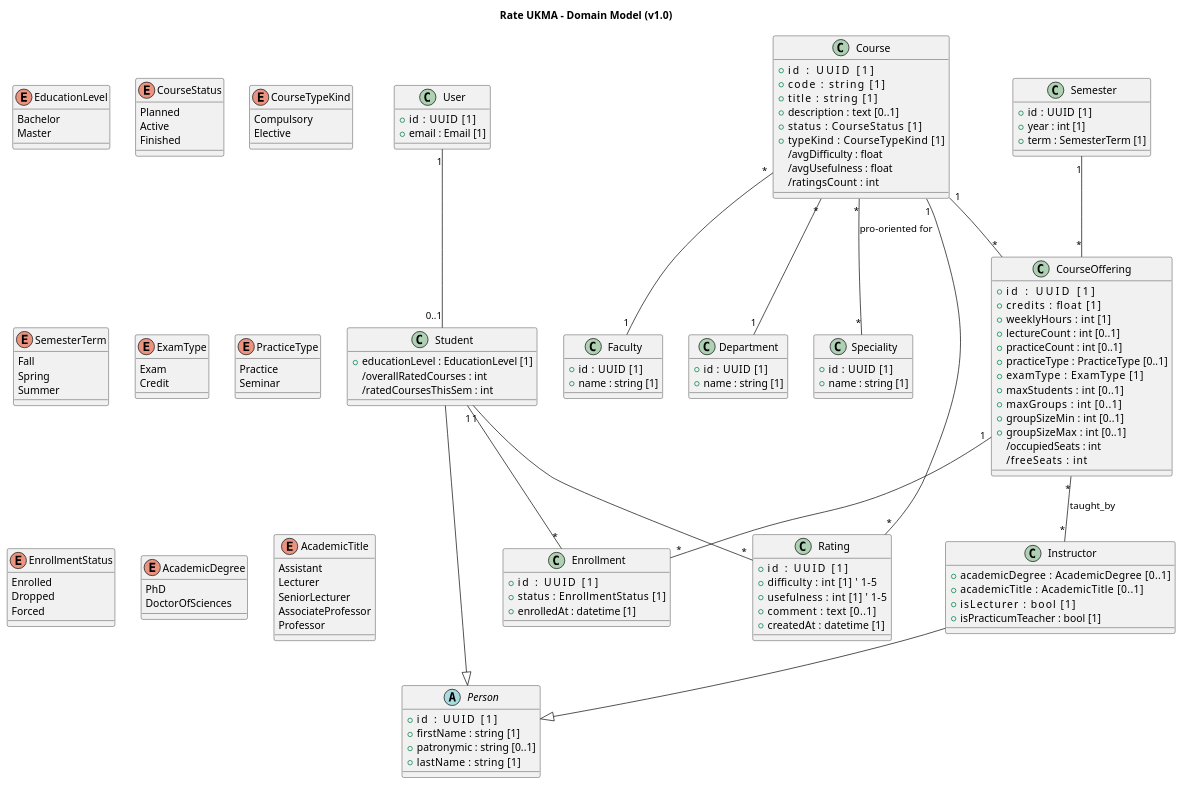
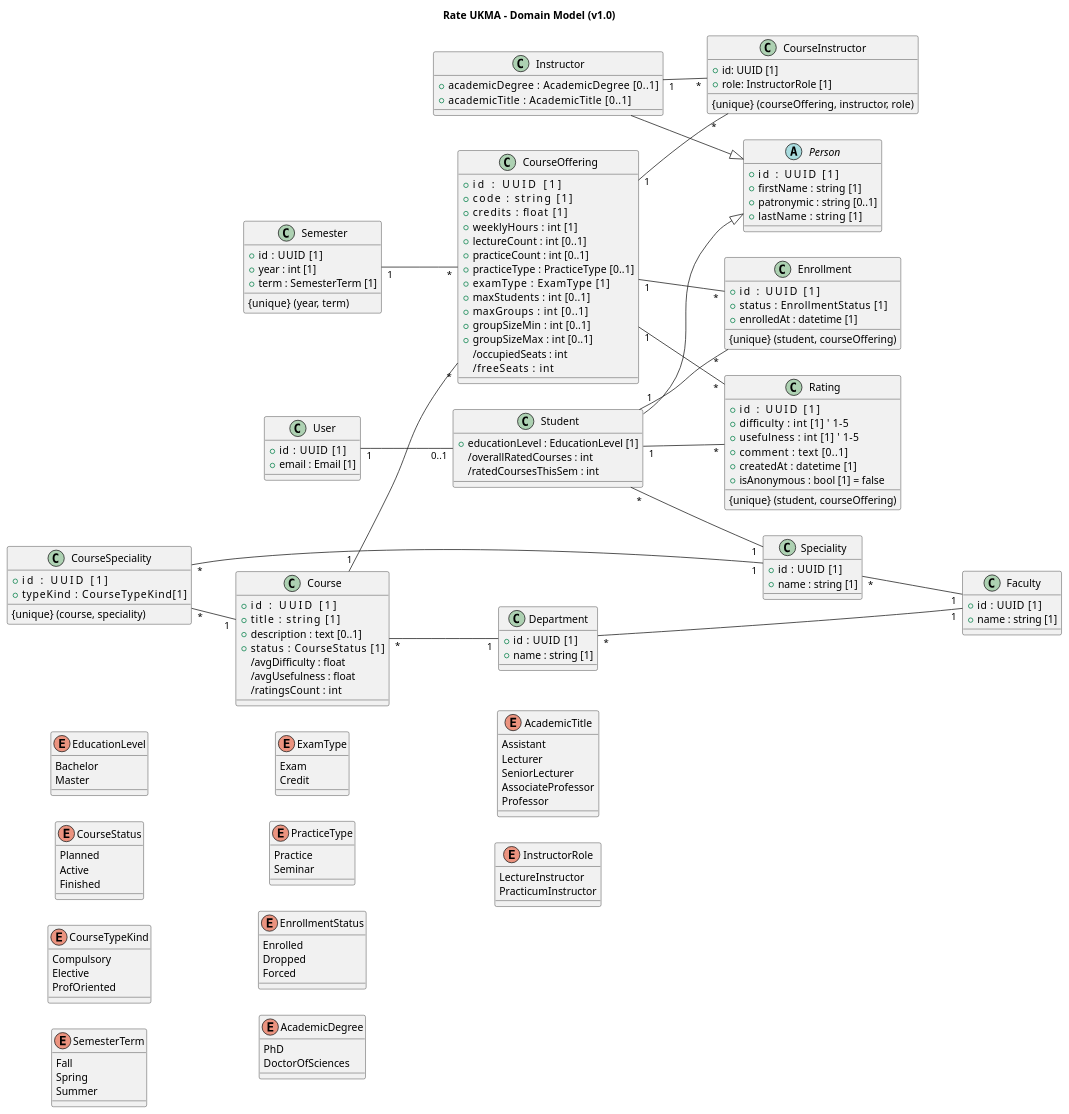
One commit to ukma-cs-ssdm-2025/rate-ukma changed the diagram in docs/architecture/uml/domain-model.puml. Above: the diagram before and after it, drawn with PlantUML. The commit also changed 1 other file, not shown here.

```diff
--- a/docs/architecture/uml/domain-model.puml
+++ b/docs/architecture/uml/domain-model.puml
@@ -1,156 +1,180 @@
 @startuml core-domain-model
 title Rate UKMA – Domain Model (v1.0)
+left to right direction
 
 class User {
   +id    : UUID [1]
   +email : Email [1]
 }
 
 abstract class Person {
   +id         : UUID [1]
   +firstName  : string [1]
   +patronymic : string [0..1]
   +lastName   : string [1]
 }
 
 class Student {
   +educationLevel : EducationLevel [1]
   /overallRatedCourses : int
   /ratedCoursesThisSem : int
 }
 User "1" -- "0..1" Student
+Student "*" -- "1" Speciality
 Student --|> Person
 
 class Instructor {
   +academicDegree     : AcademicDegree [0..1]
   +academicTitle      : AcademicTitle [0..1]
-  +isLecturer         : bool [1]
-  +isPracticumTeacher : bool [1]
 }
 Instructor --|> Person
 
 class Faculty {
   +id   : UUID [1]
   +name : string [1]
 }
 
 class Department {
   +id   : UUID [1]
   +name : string [1]
 }
+Department "*" -- "1" Faculty
 
 class Speciality {
   +id   : UUID [1]
   +name : string [1]
 }
+Speciality "*" -- "1" Faculty
 
 class Course {
   +id           : UUID [1]
-  +code         : string [1]
   +title        : string [1]
   +description  : text [0..1]
   +status       : CourseStatus [1]
-  +typeKind     : CourseTypeKind [1]
   /avgDifficulty : float
   /avgUsefulness : float
   /ratingsCount  : int
 }
-Course "*" -- "1" Faculty
 Course "*" -- "1" Department
-Course "*" -- "*" Speciality : pro-oriented for
+
+class CourseSpeciality {
+  +id           : UUID [1]
+  +typeKind         : CourseTypeKind[1]
+  {unique} (course, speciality)
+}
+CourseSpeciality "*" -- "1" Course
+CourseSpeciality "*" -- "1" Speciality
 
 class Semester {
   +id   : UUID [1]
   +year : int [1]
   +term : SemesterTerm [1]
+  {unique} (year, term)
 }
 
 class CourseOffering {
   +id            : UUID [1]
+  +code          : string [1]
   +credits       : float [1]
   +weeklyHours   : int [1]
   +lectureCount  : int [0..1]
   +practiceCount : int [0..1]
   +practiceType  : PracticeType [0..1]
   +examType      : ExamType [1]
   +maxStudents   : int [0..1]
   +maxGroups     : int [0..1]
   +groupSizeMin  : int [0..1]
   +groupSizeMax  : int [0..1]
   /occupiedSeats : int
   /freeSeats     : int
 }
 Course "1"   -- "*" CourseOffering
 Semester "1" -- "*" CourseOffering
-CourseOffering "*" -- "*" Instructor : taught_by
+
+class CourseInstructor {
+  +id: UUID [1]
+  +role: InstructorRole [1]
+  {unique} (courseOffering, instructor, role)
+}
+CourseOffering "1" -- "*" CourseInstructor
+Instructor "1" -- "*" CourseInstructor
 
 class Enrollment {
   +id         : UUID [1]
   +status     : EnrollmentStatus [1]
   +enrolledAt : datetime [1]
+  {unique} (student, courseOffering)
 }
 Student "1"        -- "*" Enrollment
 CourseOffering "1" -- "*" Enrollment
 
 class Rating {
   +id         : UUID [1]
   +difficulty : int [1]    ' 1–5
   +usefulness : int [1]    ' 1–5
   +comment    : text [0..1]
   +createdAt  : datetime [1]
+  +isAnonymous : bool [1] = false
+  {unique} (student, courseOffering)
 }
 Student "1" -- "*" Rating
-Course  "1" -- "*" Rating
+CourseOffering  "1" -- "*" Rating
 
 enum EducationLevel {
   Bachelor
   Master
 }
 
 enum CourseStatus {
   Planned
   Active
   Finished
 }
 
 enum CourseTypeKind {
   Compulsory
   Elective
+  ProfOriented
 }
 
 enum SemesterTerm {
   Fall
   Spring
   Summer
 }
 
 enum ExamType {
   Exam
   Credit
 }
 
 enum PracticeType {
   Practice
   Seminar
 }
 
 enum EnrollmentStatus {
   Enrolled
   Dropped
   Forced
 }
 
 enum AcademicDegree {
   PhD
   DoctorOfSciences
 }
 
 enum AcademicTitle {
   Assistant
   Lecturer
   SeniorLecturer
   AssociateProfessor   
   Professor            
 }
 
+enum InstructorRole {
+  LectureInstructor
+  PracticumInstructor
+}
+
 @enduml
```
